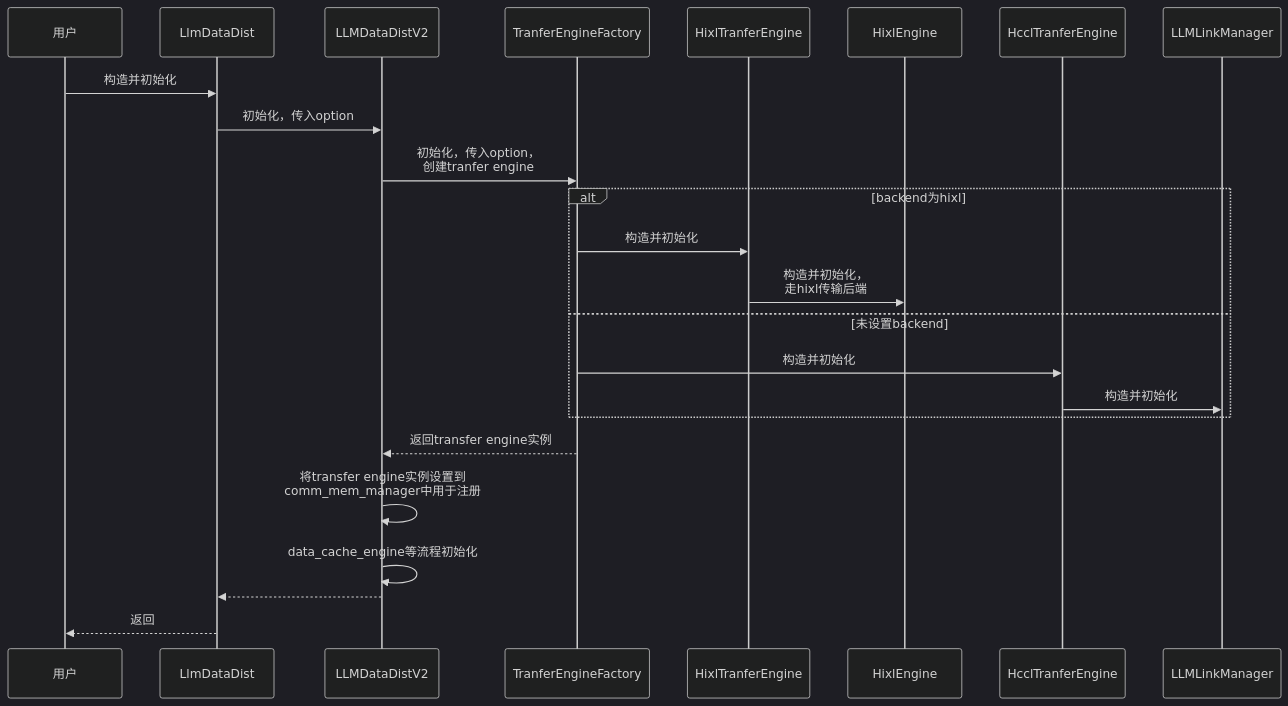
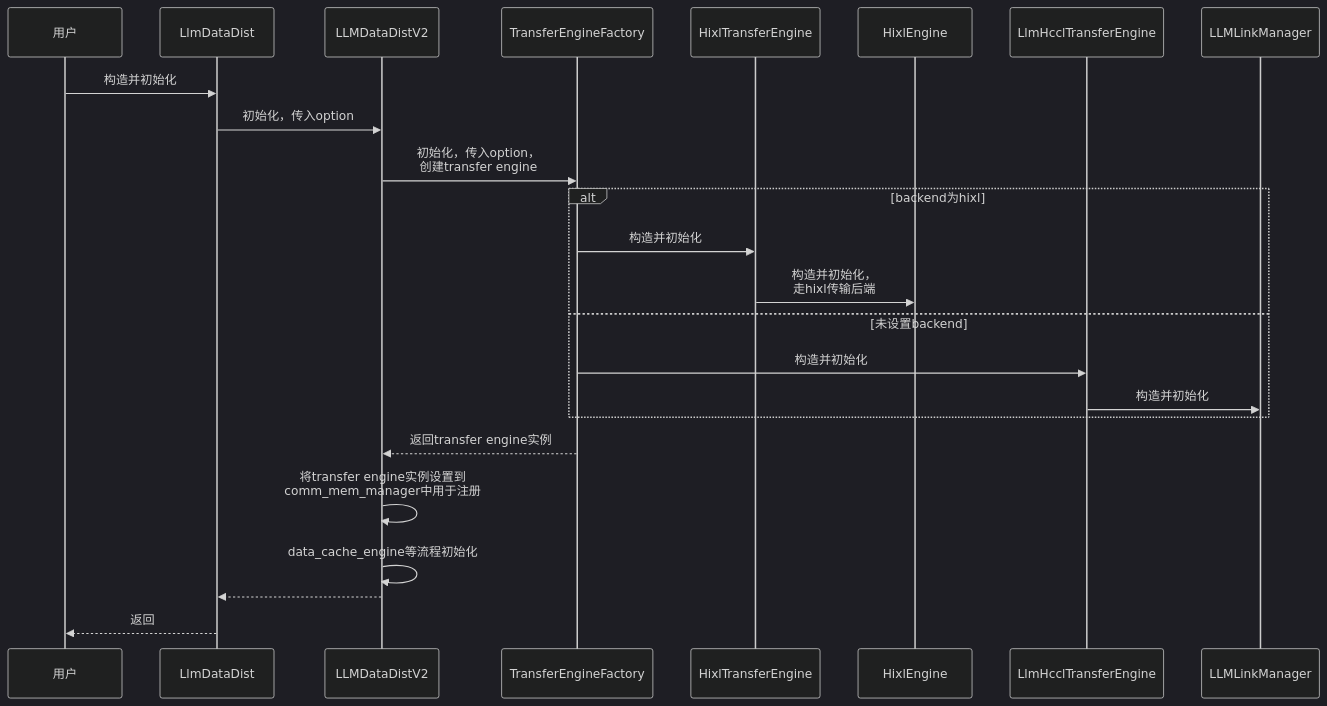
One commit to hicann/hixl changed the third of 6 diagrams in docs/zh/design/LLM-DataDist支持hixl传输后端.md. Above: the diagram before and after it, drawn with Mermaid (dark theme). The commit also changed other lines of this file and 53 other files, not shown here.

````diff
--- a/docs/zh/design/LLM-DataDist支持hixl传输后端.md
+++ b/docs/zh/design/LLM-DataDist支持hixl传输后端.md
@@ -220,18 +220,18 @@
 ```mermaid
 sequenceDiagram
   用户 ->> LlmDataDist: 构造并初始化
   LlmDataDist ->> LLMDataDistV2: 初始化，传入option
-  LLMDataDistV2 ->> TranferEngineFactory: 初始化，传入option，<br>创建tranfer engine
+  LLMDataDistV2 ->> TransferEngineFactory: 初始化，传入option，<br>创建transfer engine
   alt backend为hixl
-    TranferEngineFactory ->> HixlTranferEngine: 构造并初始化
-    HixlTranferEngine ->> HixlEngine: 构造并初始化，<br>走hixl传输后端
+    TransferEngineFactory ->> HixlTransferEngine: 构造并初始化
+    HixlTransferEngine ->> HixlEngine: 构造并初始化，<br>走hixl传输后端
   else 未设置backend
-    TranferEngineFactory ->> HcclTranferEngine: 构造并初始化
-    HcclTranferEngine ->> LLMLinkManager: 构造并初始化
+    TransferEngineFactory ->> LlmHcclTransferEngine: 构造并初始化
+    LlmHcclTransferEngine ->> LLMLinkManager: 构造并初始化
   end
-  TranferEngineFactory -->> LLMDataDistV2: 返回transfer engine实例
+  TransferEngineFactory -->> LLMDataDistV2: 返回transfer engine实例
   LLMDataDistV2 ->> LLMDataDistV2: 将transfer engine实例设置到<br>comm_mem_manager中用于注册
   LLMDataDistV2 ->> LLMDataDistV2: data_cache_engine等流程初始化
-  LLMDataDistV2 -->> LlmDataDist: 
+  LLMDataDistV2 -->> LlmDataDist:
   LlmDataDist -->> 用户: 返回
 ```
````
